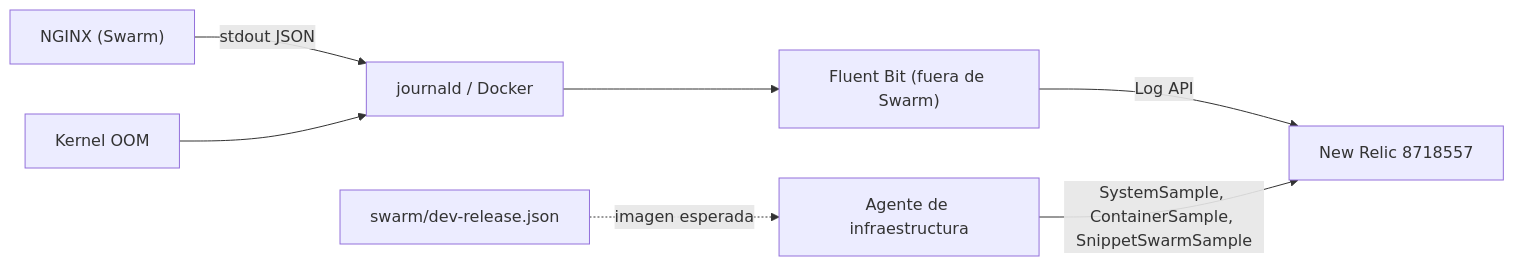
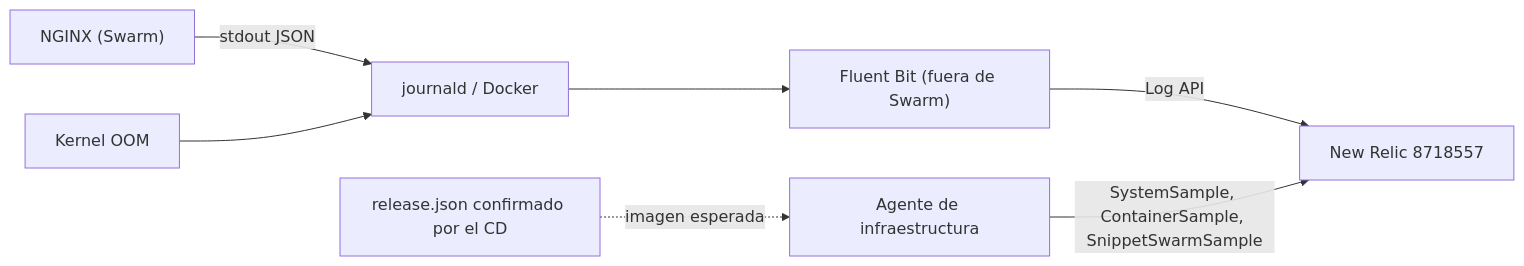
One commit to JJT-INGSIS/snippet-searcher-infra changed the diagram in docs/observability/sni-80-dev-instrumentation.md. Above: the diagram before and after it, drawn with Mermaid. The commit also changed other lines of this file and 4 other files, not shown here.

````diff
--- a/docs/observability/sni-80-dev-instrumentation.md
+++ b/docs/observability/sni-80-dev-instrumentation.md
@@ -55,9 +55,9 @@
 ```mermaid
 flowchart LR
   nginx["NGINX (Swarm)"] -->|stdout JSON| docker["journald / Docker"]
   kernel["Kernel OOM"] --> docker
   docker --> fb["Fluent Bit (fuera de Swarm)"]
   fb -->|Log API| nr["New Relic 8718557"]
   agent["Agente de infraestructura"] -->|SystemSample, ContainerSample, SnippetSwarmSample| nr
-  release["swarm/dev-release.json"] -.->|imagen esperada| agent
+  release["release.json confirmado por el CD"] -.->|imagen esperada| agent
 ```
````
